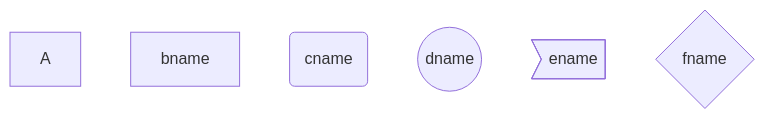
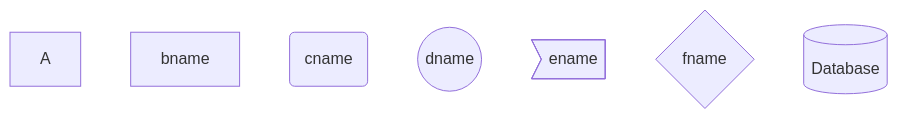
The fourth of 17 diagrams in typora/画图.md (NepKisa/Study), drawn with Mermaid before and after one commit. The commit also changed other lines of this file and 22 other files, not shown here.

````diff
--- a/typora/画图.md
+++ b/typora/画图.md
@@ -61,9 +133,11 @@
 ```mermaid
 graph TB
   A
   B[bname]
   C(cname)
   D((dname))
   E>ename]
   F{fname}
+  Database[(Database)]
+ 
 ```
````
